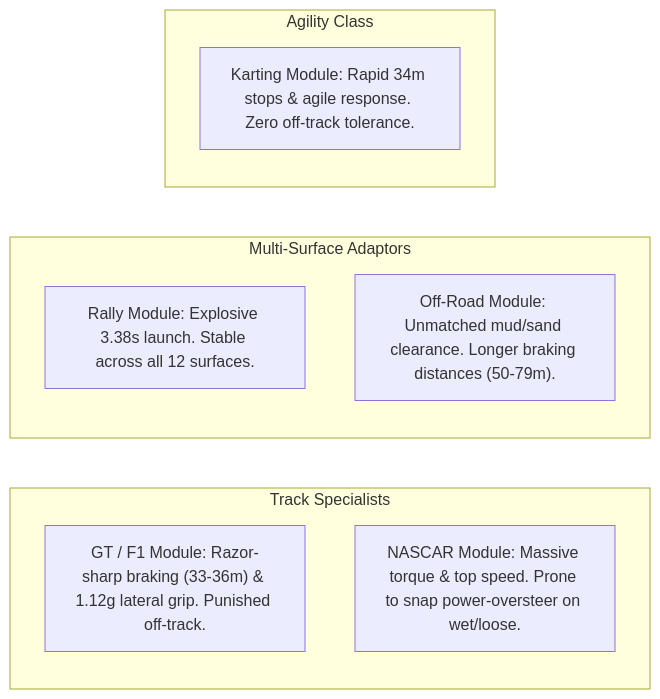
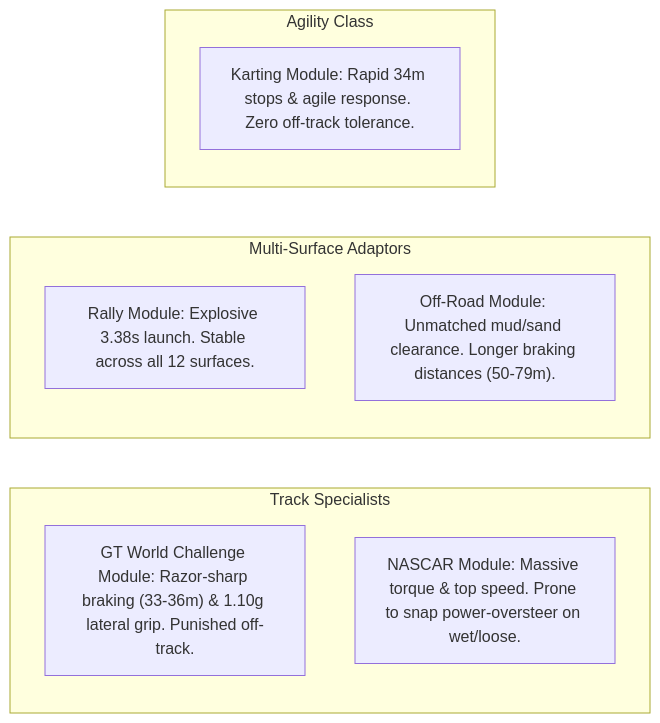
The second of 2 diagrams in docs/experiments/surface_simulation_technical_report.md (magomar/tdrace), drawn with Mermaid before and after one commit. The commit also changed other lines of this file and 149 other files, not shown here.

````diff
--- a/docs/experiments/surface_simulation_technical_report.md
+++ b/docs/experiments/surface_simulation_technical_report.md
@@ -143,16 +143,16 @@
 ```mermaid
 graph LR
     subgraph Track Specialists
-        GT["GT / F1 Module: Razor-sharp braking (33-36m) & 1.12g lateral grip. Punished off-track."]
+        GT["GT World Challenge Module: Razor-sharp braking (33-36m) & 1.10g lateral grip. Punished off-track."]
         NAS["NASCAR Module: Massive torque & top speed. Prone to snap power-oversteer on wet/loose."]
     end
     
     subgraph Multi-Surface Adaptors
         RAL["Rally Module: Explosive 3.38s launch. Stable across all 12 surfaces."]
         OFF["Off-Road Module: Unmatched mud/sand clearance. Longer braking distances (50-79m)."]
     end
     
     subgraph Agility Class
         KART["Karting Module: Rapid 34m stops & agile response. Zero off-track tolerance."]
     end
 ```
````
